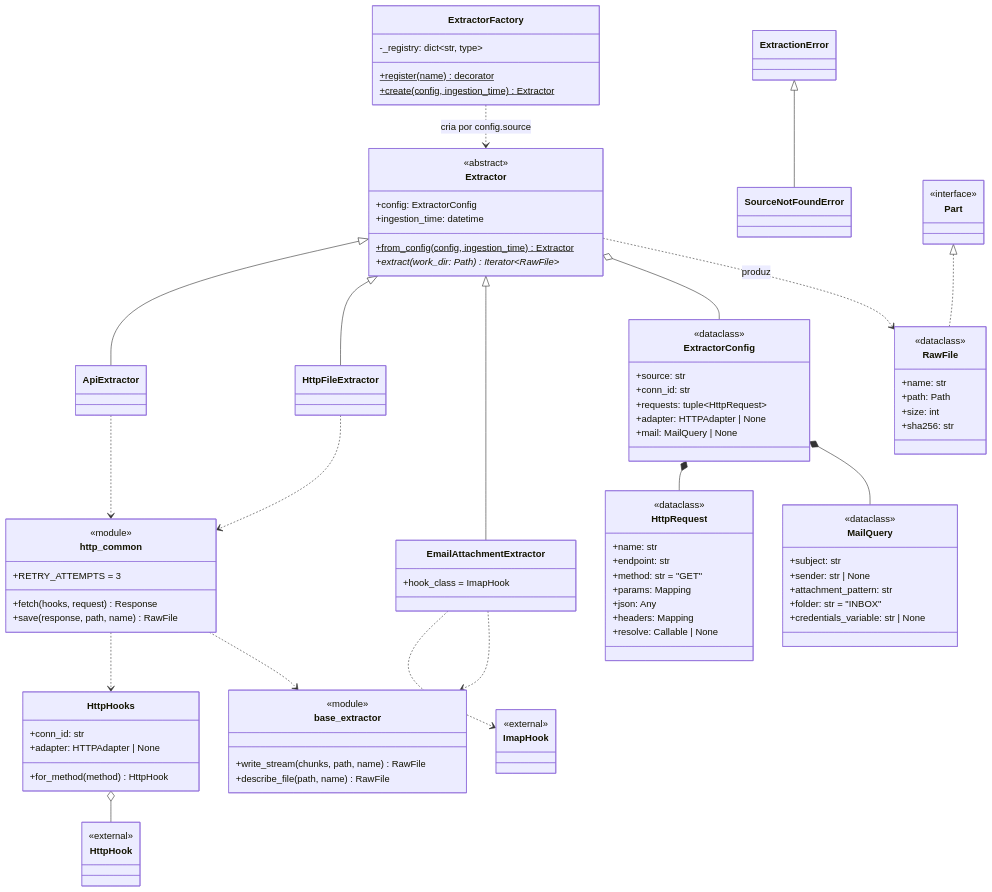
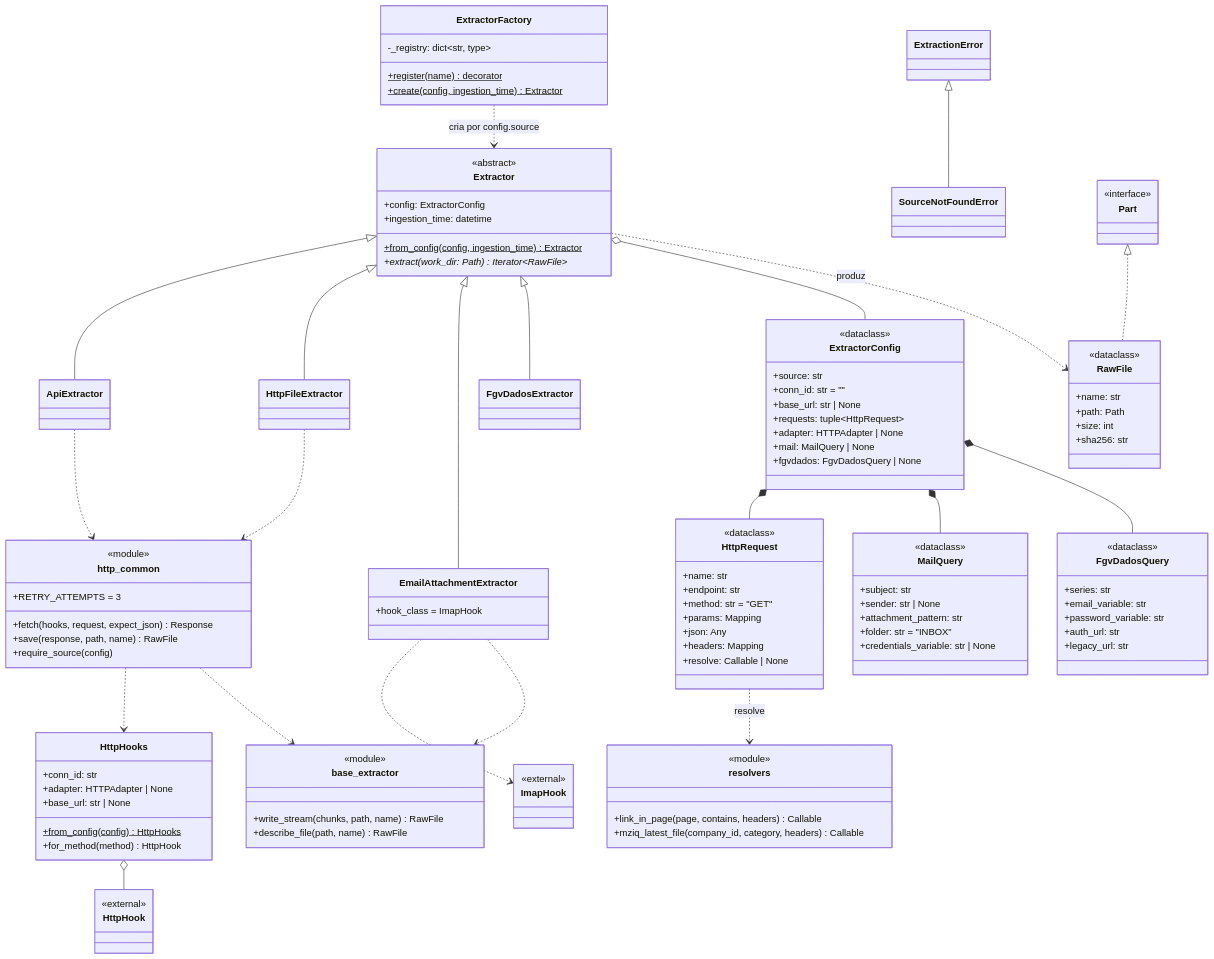
One commit to GovHub-br/data-application-cidades changed the fourth of 8 diagrams in docs/ingestao/diagrama-classes.md. Above: the diagram before and after it, drawn with Mermaid. The commit also changed other lines of this file and 16 other files, not shown here.

First line of the commit message:
refactor(dags): fontes HTTP públicas por base_url; .env sem Connection por fonte

```diff
--- a/docs/ingestao/diagrama-classes.md
+++ b/docs/ingestao/diagrama-classes.md
@@ -174,6 +174,7 @@
     class EmailAttachmentExtractor {
         +hook_class = ImapHook
     }
+    class FgvDadosExtractor
     class ExtractorFactory {
         -_registry: dict~str, type~
         +register(name)$ decorator
@@ -182,10 +183,25 @@
     class ExtractorConfig {
         <<dataclass>>
         +source: str
-        +conn_id: str
+        +conn_id: str = ""
+        +base_url: str | None
         +requests: tuple~HttpRequest~
         +adapter: HTTPAdapter | None
         +mail: MailQuery | None
+        +fgvdados: FgvDadosQuery | None
+    }
+    class FgvDadosQuery {
+        <<dataclass>>
+        +series: str
+        +email_variable: str
+        +password_variable: str
+        +auth_url: str
+        +legacy_url: str
+    }
+    class resolvers {
+        <<module>>
+        +link_in_page(page, contains, headers) Callable
+        +mziq_latest_file(company_id, category, headers) Callable
     }
     class HttpRequest {
         <<dataclass>>
@@ -220,12 +236,15 @@
     class http_common {
         <<module>>
         +RETRY_ATTEMPTS = 3
-        +fetch(hooks, request) Response
+        +fetch(hooks, request, expect_json) Response
         +save(response, path, name) RawFile
+        +require_source(config)
     }
     class HttpHooks {
         +conn_id: str
         +adapter: HTTPAdapter | None
+        +base_url: str | None
+        +from_config(config)$ HttpHooks
         +for_method(method) HttpHook
     }
     class ExtractionError
@@ -243,9 +262,12 @@
     Extractor <|-- ApiExtractor
     Extractor <|-- HttpFileExtractor
     Extractor <|-- EmailAttachmentExtractor
+    Extractor <|-- FgvDadosExtractor
     Extractor o-- ExtractorConfig
     ExtractorConfig *-- HttpRequest
     ExtractorConfig *-- MailQuery
+    ExtractorConfig *-- FgvDadosQuery
+    HttpRequest ..> resolvers : resolve
     ExtractorFactory ..> Extractor : cria por config.source
     Extractor ..> RawFile : produz
     Part <|.. RawFile
```
